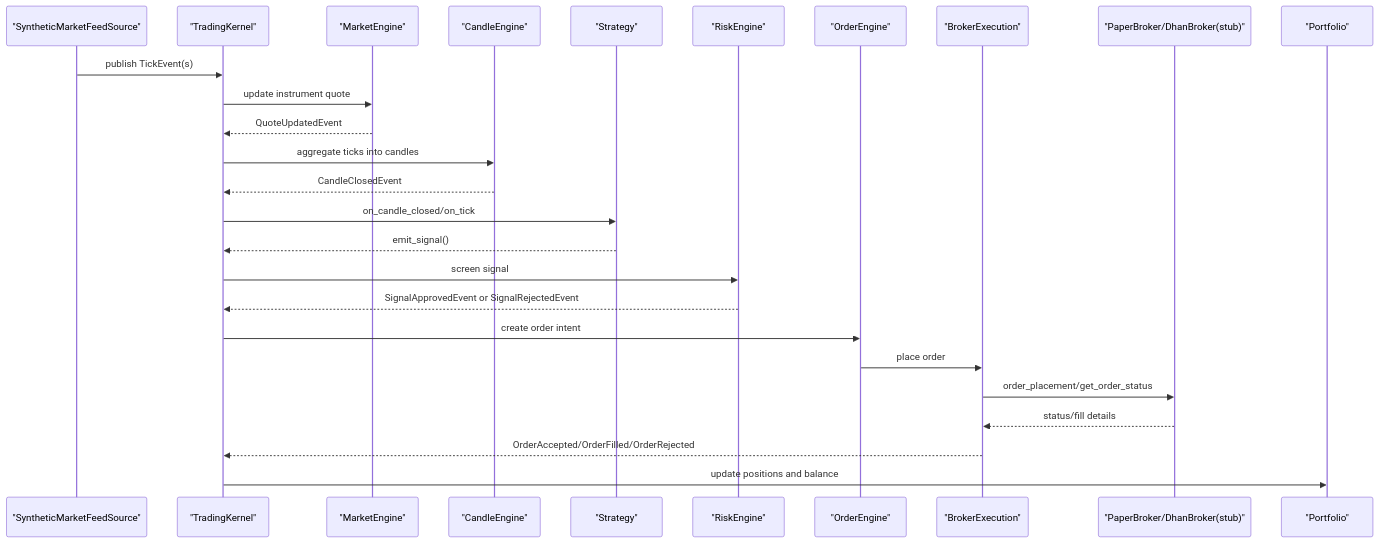
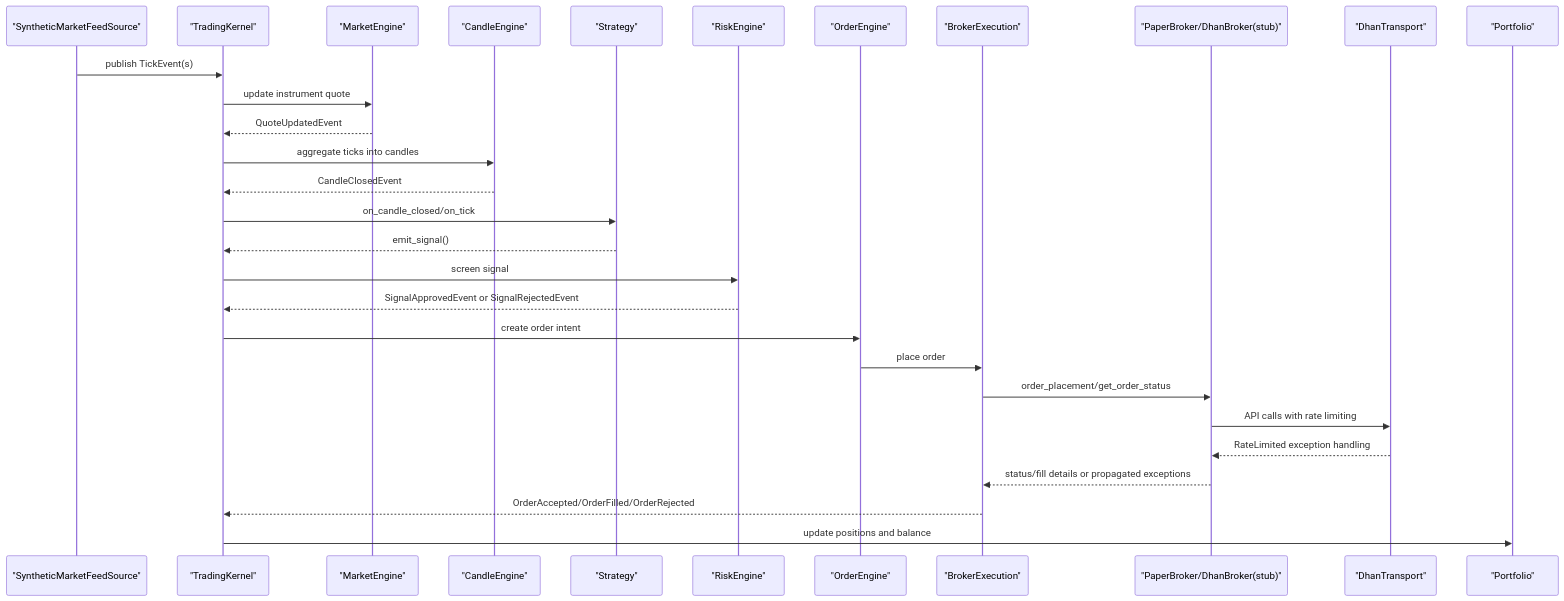
One commit to Ganesh-Kusundal/nTrade changed the second of 18 diagrams in .qoder/repowiki/en/content/Examples & Tutorials/Testing & Integration Examples/Testing & Integration Examples.md. Above: the diagram before and after it, drawn with Mermaid. The commit also changed other lines of this file and 2201 other files, not shown here.

Commit message:
Integrate completeness: live runner hardening, broker adapter layers, rate-limiting infrastructure, data pipeline (parquet OHLCV + ingestion scripts), contract testing framework, options analytics, and updated architecture/knowledge docs

````diff
--- a/.qoder/repowiki/en/content/Examples & Tutorials/Testing & Integration Examples/Testing & Integration Examples.md
+++ b/.qoder/repowiki/en/content/Examples & Tutorials/Testing & Integration Examples/Testing & Integration Examples.md
@@ -125,28 +149,31 @@
 ```mermaid
 sequenceDiagram
 participant Feed as "SyntheticMarketFeedSource"
 participant Kernel as "TradingKernel"
 participant MarketEng as "MarketEngine"
 participant CandleEng as "CandleEngine"
 participant Strat as "Strategy"
 participant Risk as "RiskEngine"
 participant OMS as "OrderEngine"
 participant Exec as "BrokerExecution"
 participant Broker as "PaperBroker/DhanBroker(stub)"
+participant Transport as "DhanTransport"
 participant Port as "Portfolio"
 Feed->>Kernel : publish TickEvent(s)
 Kernel->>MarketEng : update instrument quote
 MarketEng-->>Kernel : QuoteUpdatedEvent
 Kernel->>CandleEng : aggregate ticks into candles
 CandleEng-->>Kernel : CandleClosedEvent
 Kernel->>Strat : on_candle_closed/on_tick
 Strat-->>Kernel : emit_signal()
 Kernel->>Risk : screen signal
 Risk-->>Kernel : SignalApprovedEvent or SignalRejectedEvent
 Kernel->>OMS : create order intent
 OMS->>Exec : place order
 Exec->>Broker : order_placement/get_order_status
-Broker-->>Exec : status/fill details
+Broker->>Transport : API calls with rate limiting
+Transport-->>Broker : RateLimited exception handling
+Broker-->>Exec : status/fill details or propagated exceptions
 Exec-->>Kernel : OrderAccepted/OrderFilled/OrderRejected
 Kernel->>Port : update positions and balance
 ```
````
